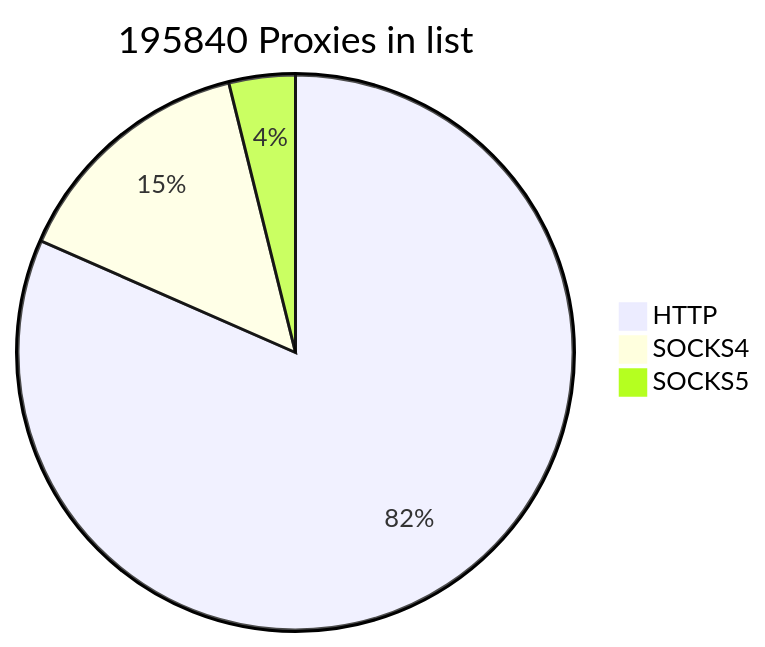
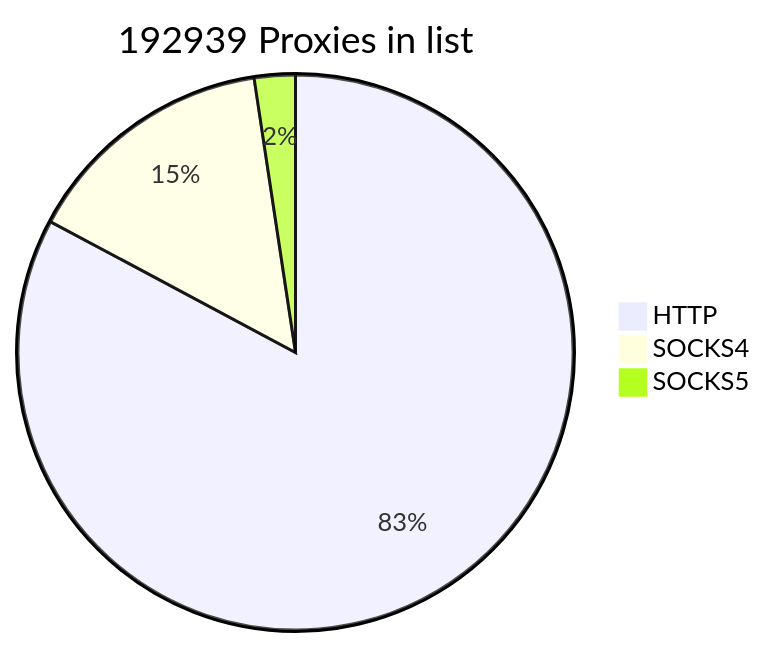
Before and after one commit to cutipu/proxylist: the first of 2 diagrams in README.md, drawn with Mermaid. The commit also changed other lines of this file, not shown here.

````diff
--- a/README.md
+++ b/README.md
@@ -2,7 +2,7 @@
 ```mermaid
-pie title 195840 Proxies in list
-    "HTTP" : 159758
-    "SOCKS4" : 28521
-    "SOCKS5" : 7561
+pie title 192939 Proxies in list
+    "HTTP" : 159760
+    "SOCKS4" : 28578
+    "SOCKS5" : 4601
             
 ```
````
